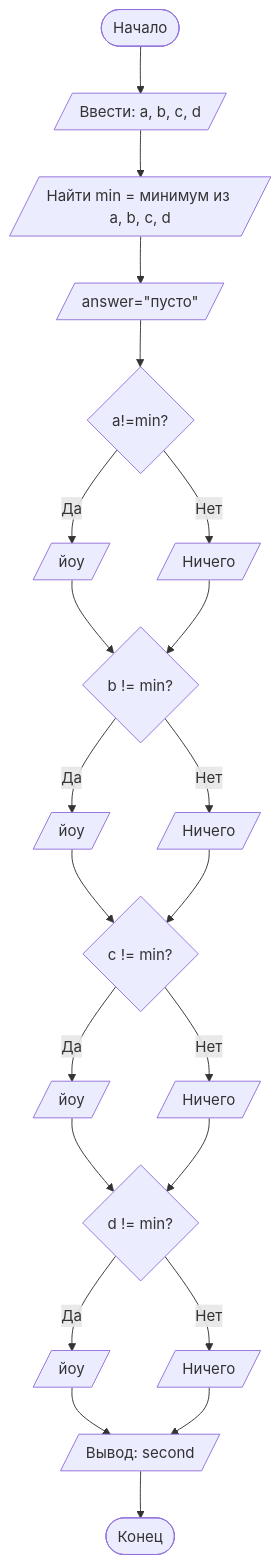
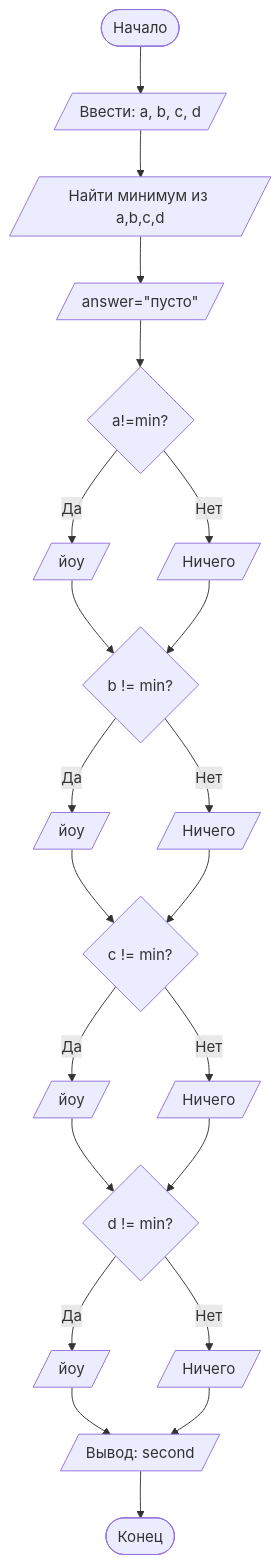
The diagram in README.md (boob-eng/-SPSUE), drawn with Mermaid before and after one commit.

````diff
--- a/README.md
+++ b/README.md
@@ -68,25 +68,25 @@
 ```mermaid
 graph TD
    A([Начало]) --> B[/Ввести: a, b, c, d/]
-   B --> C[/Найти min = минимум из a, b, c, d/]
+   B --> C[/Найти минимум из a,b,c,d/]
    C --> D[/answer="пусто"/]
    D --> E{a!=min?}
    E -- Да --> F[/йоу/]
    E -- Нет --> G[/Ничего/]
    F --> H{b != min?}
    G --> H
    H -- Да --> I[/йоу/]
    H -- Нет --> J[/Ничего/]
    I --> K{c != min?}
    J --> K
    K -- Да --> L[/йоу/]
    K -- Нет --> M[/Ничего/]
    L --> N{d != min?}
    M --> N
    N -- Да --> O[/йоу/]
    N -- Нет --> P[/Ничего/]
    O --> Q[/Вывод: second/]
    P --> Q
    Q --> Z([Конец])
 
 ```
````
